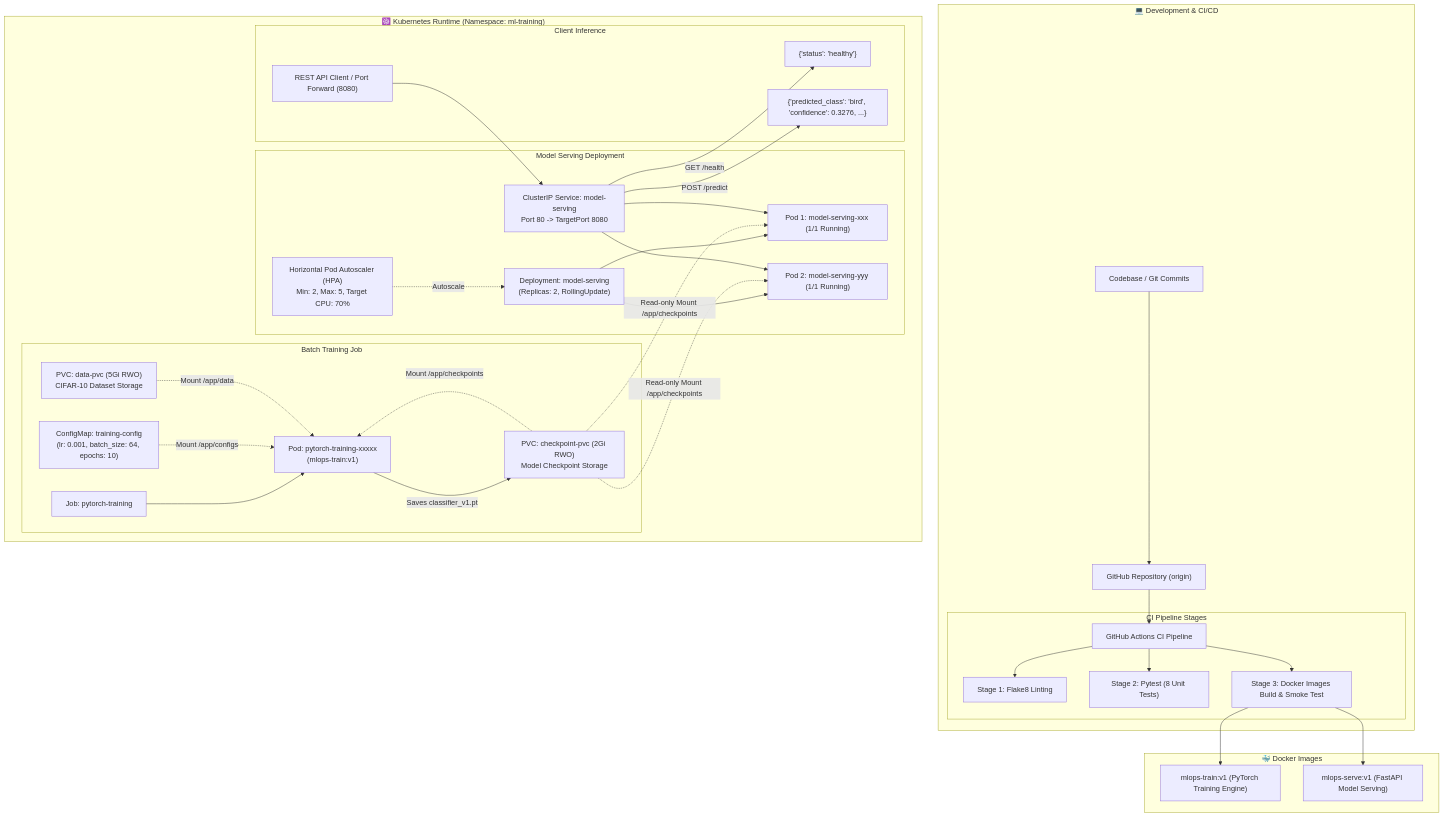
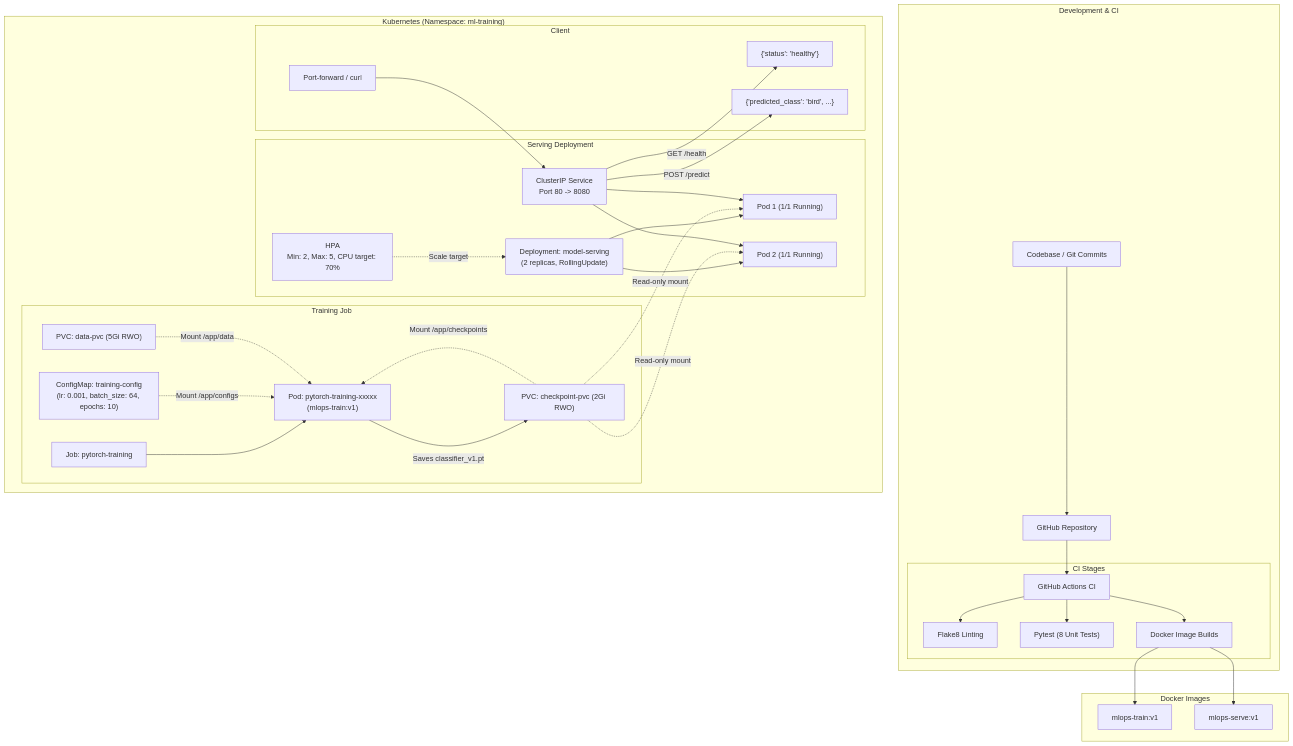
Before and after one commit to girinathbhatts/mlops-pytorch-pipeline: the diagram in README.md, drawn with Mermaid. The commit also changed other lines of this file and 11 other files, not shown here.

````diff
--- a/README.md
+++ b/README.md
@@ -35,59 +35,59 @@
 ```mermaid
 flowchart TD
-    subgraph Developer["💻 Development & CI/CD"]
-        Code["Codebase / Git Commits"] --> GitHub["GitHub Repository (origin)"]
-        GitHub --> GHA["GitHub Actions CI Pipeline"]
-        subgraph CI["CI Pipeline Stages"]
-            GHA --> Lint["Stage 1: Flake8 Linting"]
-            GHA --> Test["Stage 2: Pytest (8 Unit Tests)"]
-            GHA --> DockerBuild["Stage 3: Docker Images Build & Smoke Test"]
+    subgraph Developer["Development & CI"]
+        Code["Codebase / Git Commits"] --> GitHub["GitHub Repository"]
+        GitHub --> GHA["GitHub Actions CI"]
+        subgraph CI["CI Stages"]
+            GHA --> Lint["Flake8 Linting"]
+            GHA --> Test["Pytest (8 Unit Tests)"]
+            GHA --> DockerBuild["Docker Image Builds"]
         end
     end
 
-    subgraph Containerization["🐳 Docker Images"]
-        TrainImg["mlops-train:v1 (PyTorch Training Engine)"]
-        ServeImg["mlops-serve:v1 (FastAPI Model Serving)"]
+    subgraph Containerization["Docker Images"]
+        TrainImg["mlops-train:v1"]
+        ServeImg["mlops-serve:v1"]
     end
 
     DockerBuild --> TrainImg
     DockerBuild --> ServeImg
 
-    subgraph Kubernetes["☸️ Kubernetes Runtime (Namespace: ml-training)"]
+    subgraph Kubernetes["Kubernetes (Namespace: ml-training)"]
         CM["ConfigMap: training-config\n(lr: 0.001, batch_size: 64, epochs: 10)"]
-        DataPVC["PVC: data-pvc (5Gi RWO)\nCIFAR-10 Dataset Storage"]
-        CheckPVC["PVC: checkpoint-pvc (2Gi RWO)\nModel Checkpoint Storage"]
+        DataPVC["PVC: data-pvc (5Gi RWO)"]
+        CheckPVC["PVC: checkpoint-pvc (2Gi RWO)"]
 
-        subgraph K8sTraining["Batch Training Job"]
+        subgraph K8sTraining["Training Job"]
             Job["Job: pytorch-training"]
             JobPod["Pod: pytorch-training-xxxxx\n(mlops-train:v1)"]
             Job --> JobPod
             CM -.->|Mount /app/configs| JobPod
             DataPVC -.->|Mount /app/data| JobPod
             CheckPVC -.->|Mount /app/checkpoints| JobPod
         end
 
         JobPod -->|Saves classifier_v1.pt| CheckPVC
 
-        subgraph K8sServing["Model Serving Deployment"]
-            Deploy["Deployment: model-serving\n(Replicas: 2, RollingUpdate)"]
-            Pod1["Pod 1: model-serving-xxx (1/1 Running)"]
-            Pod2["Pod 2: model-serving-yyy (1/1 Running)"]
-            HPA["Horizontal Pod Autoscaler (HPA)\nMin: 2, Max: 5, Target CPU: 70%"]
-            Svc["ClusterIP Service: model-serving\nPort 80 -> TargetPort 8080"]
+        subgraph K8sServing["Serving Deployment"]
+            Deploy["Deployment: model-serving\n(2 replicas, RollingUpdate)"]
+            Pod1["Pod 1 (1/1 Running)"]
+            Pod2["Pod 2 (1/1 Running)"]
+            HPA["HPA\nMin: 2, Max: 5, CPU target: 70%"]
+            Svc["ClusterIP Service\nPort 80 -> 8080"]
 
             Deploy --> Pod1
             Deploy --> Pod2
-            HPA -.->|Autoscale| Deploy
-            CheckPVC -.->|Read-only Mount /app/checkpoints| Pod1
-            CheckPVC -.->|Read-only Mount /app/checkpoints| Pod2
+            HPA -.->|Scale target| Deploy
+            CheckPVC -.->|Read-only mount| Pod1
+            CheckPVC -.->|Read-only mount| Pod2
             Svc --> Pod1
             Svc --> Pod2
         end
 
-        subgraph ClientInference["Client Inference"]
-            Client["REST API Client / Port Forward (8080)"] --> Svc
+        subgraph Inference["Client"]
+            Client["Port-forward / curl"] --> Svc
             Svc -->|GET /health| HealthResp["{'status': 'healthy'}"]
-            Svc -->|POST /predict| PredictResp["{'predicted_class': 'bird', 'confidence': 0.3276, ...}"]
+            Svc -->|POST /predict| PredictResp["{'predicted_class': 'bird', ...}"]
         end
     end
 ```
````
